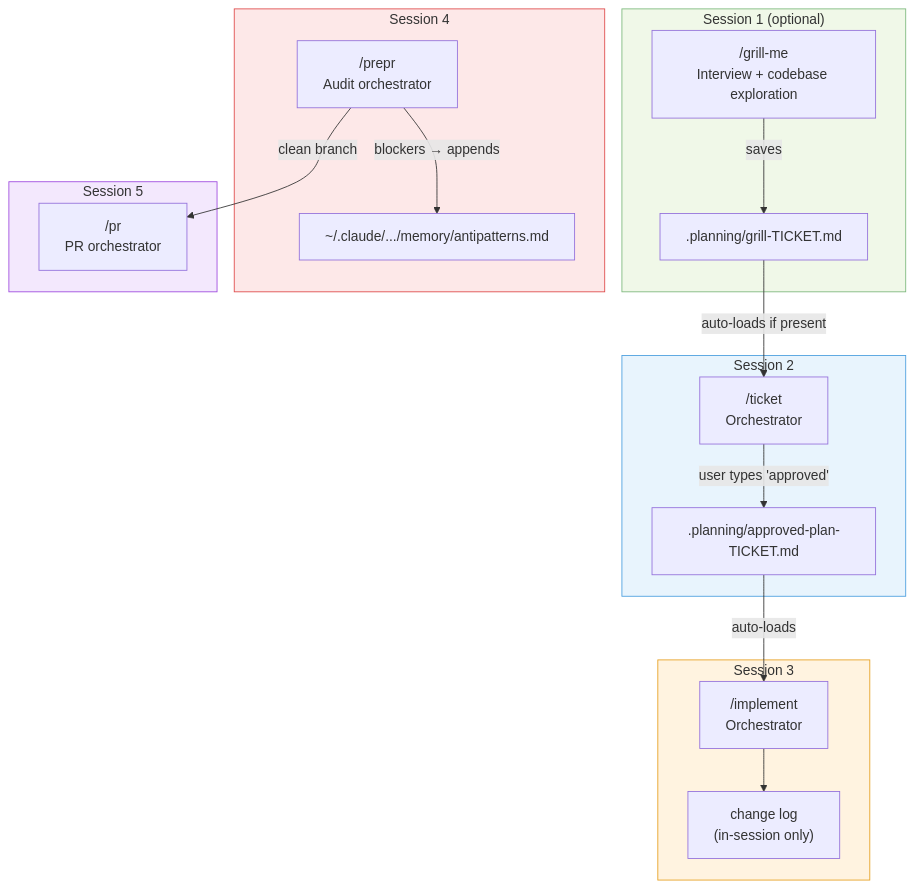
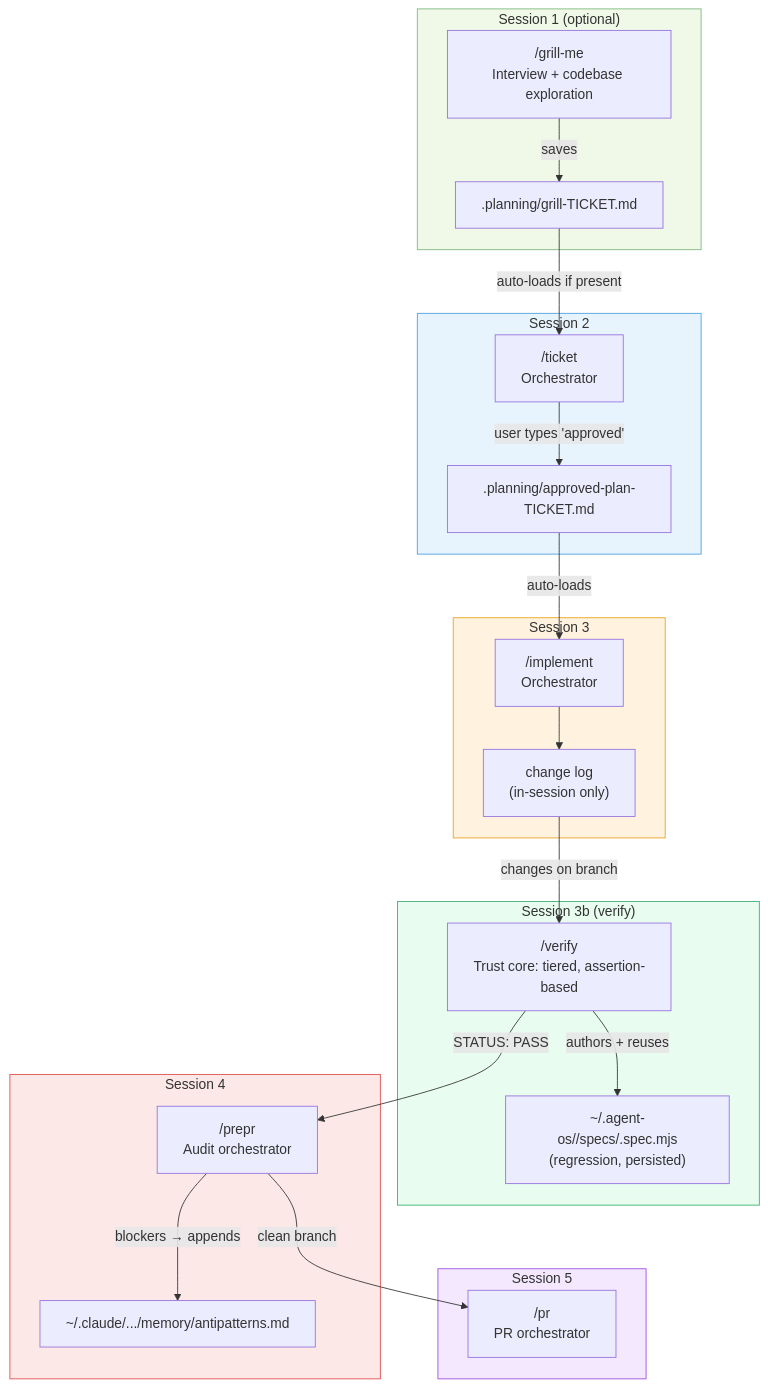
The second of 9 diagrams in WORKFLOW.md (ahsan0444/jintech-omg-dev), drawn with Mermaid before and after one commit. The commit also changed other lines of this file and 39 other files, not shown here.

First line of the commit message:
feat(agent-os): product-graph MCP + autonomous verify trust core (v1.3.0)

````diff
--- a/WORKFLOW.md
+++ b/WORKFLOW.md
@@ -31,39 +34,48 @@
 ```mermaid
 flowchart TD
     subgraph S1["Session 1 (optional)"]
         GM["/grill-me\nInterview + codebase exploration"]
         GF[".planning/grill-TICKET.md"]
         GM -->|saves| GF
     end
 
     subgraph S2["Session 2"]
         TK["/ticket\nOrchestrator"]
         GF -->|auto-loads if present| TK
         AP[".planning/approved-plan-TICKET.md"]
         TK -->|"user types 'approved'"| AP
     end
 
     subgraph S3["Session 3"]
         IM["/implement\nOrchestrator"]
         AP -->|auto-loads| IM
         CL["change log\n(in-session only)"]
         IM --> CL
     end
 
+    subgraph S3b["Session 3b (verify)"]
+        VF["/verify\nTrust core: tiered, assertion-based"]
+        SP["~/.agent-os/<repo>/specs/<feature>.spec.mjs\n(regression, persisted)"]
+        CL -->|"changes on branch"| VF
+        VF -->|"authors + reuses"| SP
+    end
+
     subgraph S4["Session 4"]
         PP["/prepr\nAudit orchestrator"]
         AM["~/.claude/.../memory/antipatterns.md"]
+        VF -->|"STATUS: PASS"| PP
         PP -->|"blockers → appends"| AM
     end
 
     subgraph S5["Session 5"]
         PR["/pr\nPR orchestrator"]
         PP -->|"clean branch"| PR
     end
 
     style S1 fill:#f0f8e8,stroke:#7cb87c
     style S2 fill:#e8f4fd,stroke:#4a9ede
     style S3 fill:#fff3e0,stroke:#e6a020
+    style S3b fill:#e8fdf0,stroke:#3cae6e
     style S4 fill:#fde8e8,stroke:#de4a4a
     style S5 fill:#f3e8fd,stroke:#9e4ade
 ```
````
